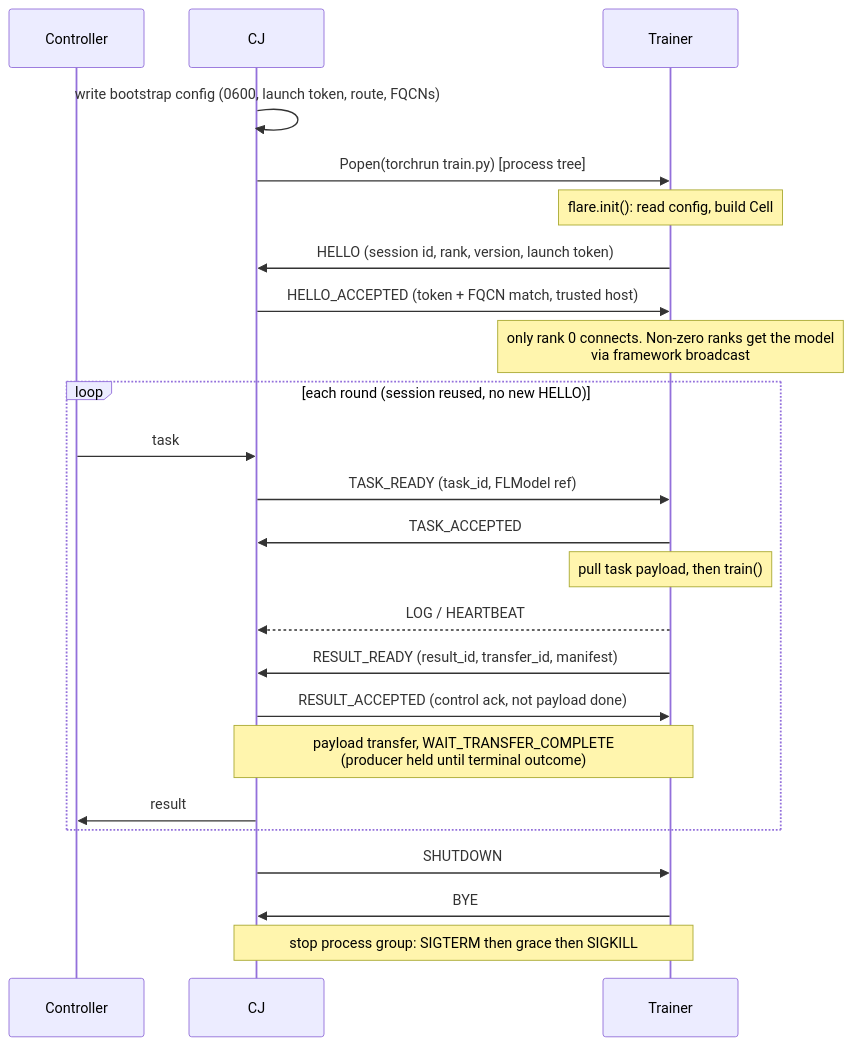
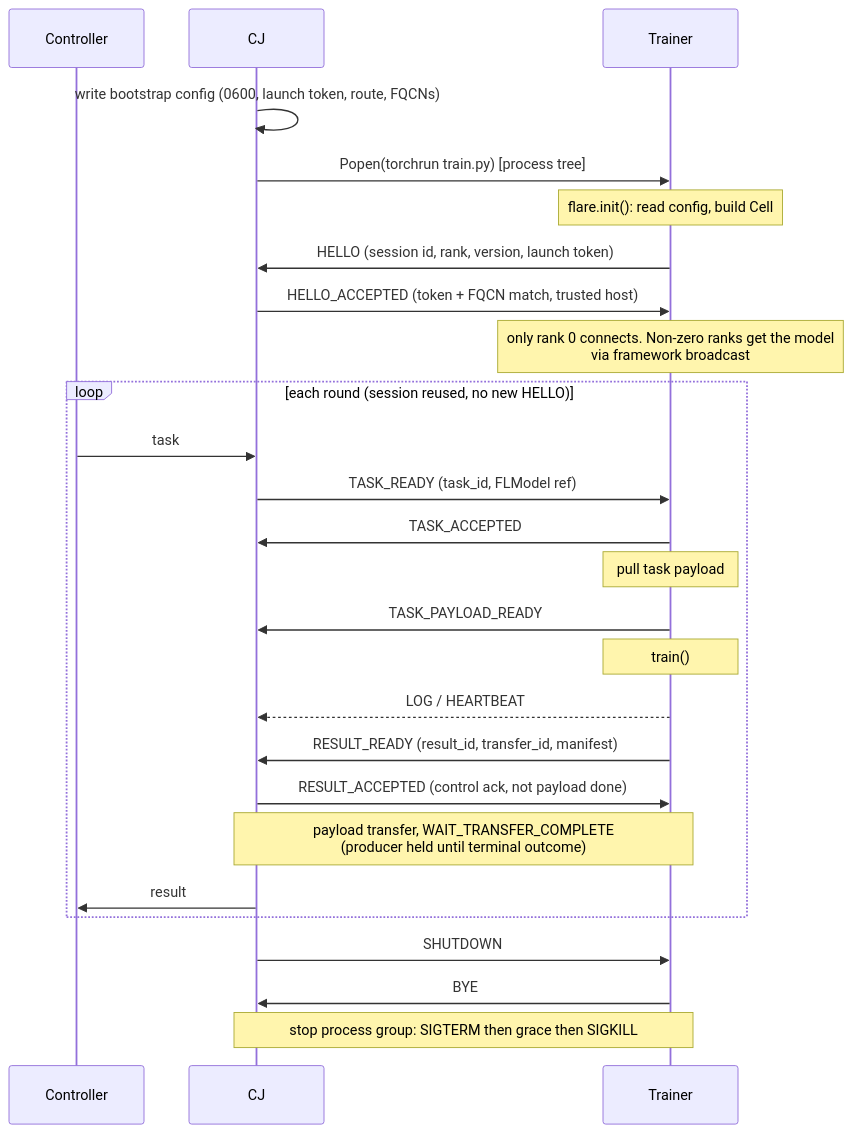
One commit to NVIDIA/NVFlare changed the second of 4 diagrams in docs/design/client_api_execution_modes.md. Above: the diagram before and after it, drawn with Mermaid. The commit also changed other lines of this file and 14 other files, not shown here.

````diff
--- a/docs/design/client_api_execution_modes.md
+++ b/docs/design/client_api_execution_modes.md
@@ -214,26 +216,28 @@
 ```mermaid
 sequenceDiagram
     participant C as Controller
     participant E as CJ
     participant T as Trainer
     E->>E: write bootstrap config (0600, launch token, route, FQCNs)
     E->>T: Popen(torchrun train.py) [process tree]
     Note over T: flare.init(): read config, build Cell
     T->>E: HELLO (session id, rank, version, launch token)
     E->>T: HELLO_ACCEPTED (token + FQCN match, trusted host)
     Note over T: only rank 0 connects. Non-zero ranks get the model<br/>via framework broadcast
     loop each round (session reused, no new HELLO)
         C->>E: task
         E->>T: TASK_READY (task_id, FLModel ref)
         T->>E: TASK_ACCEPTED
-        Note over T: pull task payload, then train()
+        Note over T: pull task payload
+        T->>E: TASK_PAYLOAD_READY
+        Note over T: train()
         T-->>E: LOG / HEARTBEAT
         T->>E: RESULT_READY (result_id, transfer_id, manifest)
         E->>T: RESULT_ACCEPTED (control ack, not payload done)
         Note over E,T: payload transfer, WAIT_TRANSFER_COMPLETE<br/>(producer held until terminal outcome)
         E->>C: result
     end
     E->>T: SHUTDOWN
     T->>E: BYE
     Note over E,T: stop process group: SIGTERM then grace then SIGKILL
 ```
````
